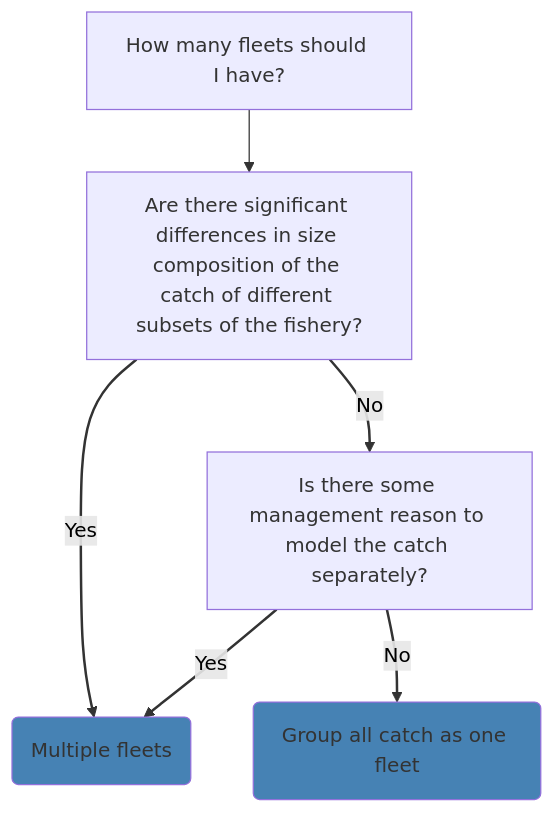
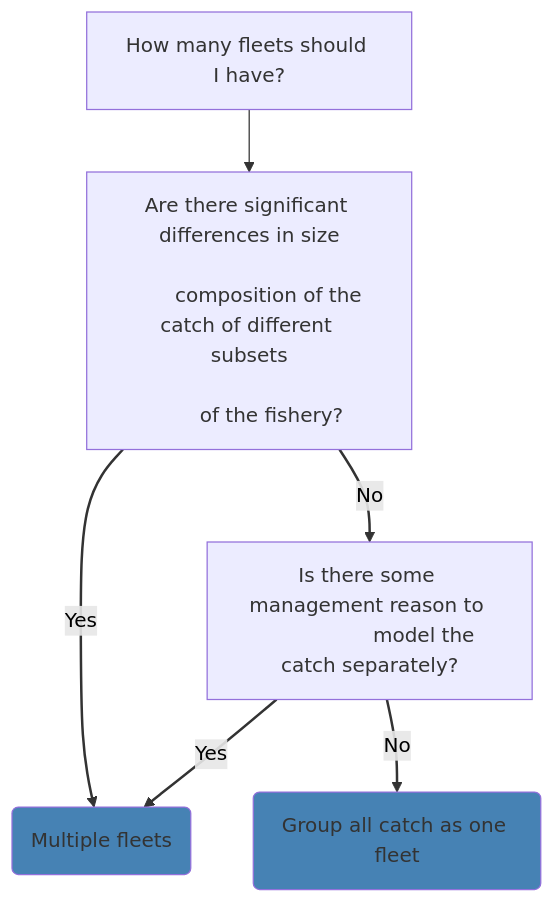
Before and after one commit to nmfs-ost/ss3-website: the fourth of 6 diagrams in website/qmds/ss3_setup_decisions.qmd, drawn with Mermaid. The commit also changed other lines of this file and 1 other file, not shown here.

````diff
--- a/website/qmds/ss3_setup_decisions.qmd
+++ b/website/qmds/ss3_setup_decisions.qmd
@@ -55,11 +59,14 @@
 ```{mermaid}
 flowchart TB
-    A["How many fleets should I have?"] --> B["Are there significant differences in size composition of the catch of different subsets of the fishery?"]
+    A["How many fleets should I have?"] --> B["Are there significant differences in size
+                                              composition of the catch of different subsets
+                                              of the fishery?"]
     B --Yes --> C("Multiple fleets")
-    B -- No --> D["Is there some management reason to model the catch separately?"]
+    B -- No --> D["Is there some management reason to 
+                  model the catch separately?"]
     D -- Yes --> C
     D -- No --> E("Group all catch as one fleet")
     linkStyle 1,2,3,4 stroke-width:2px,color:black
     style C fill:steelblue
     style E fill:steelblue
 ```
````
